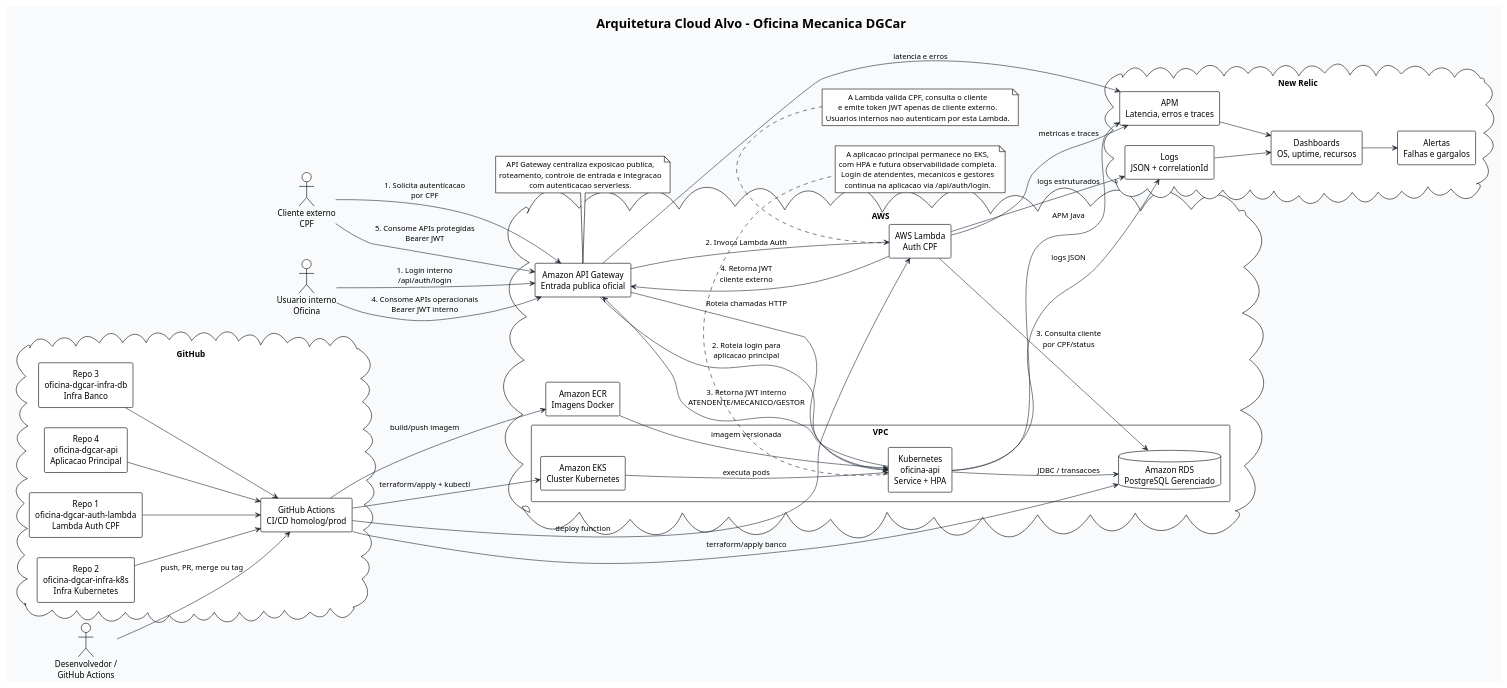
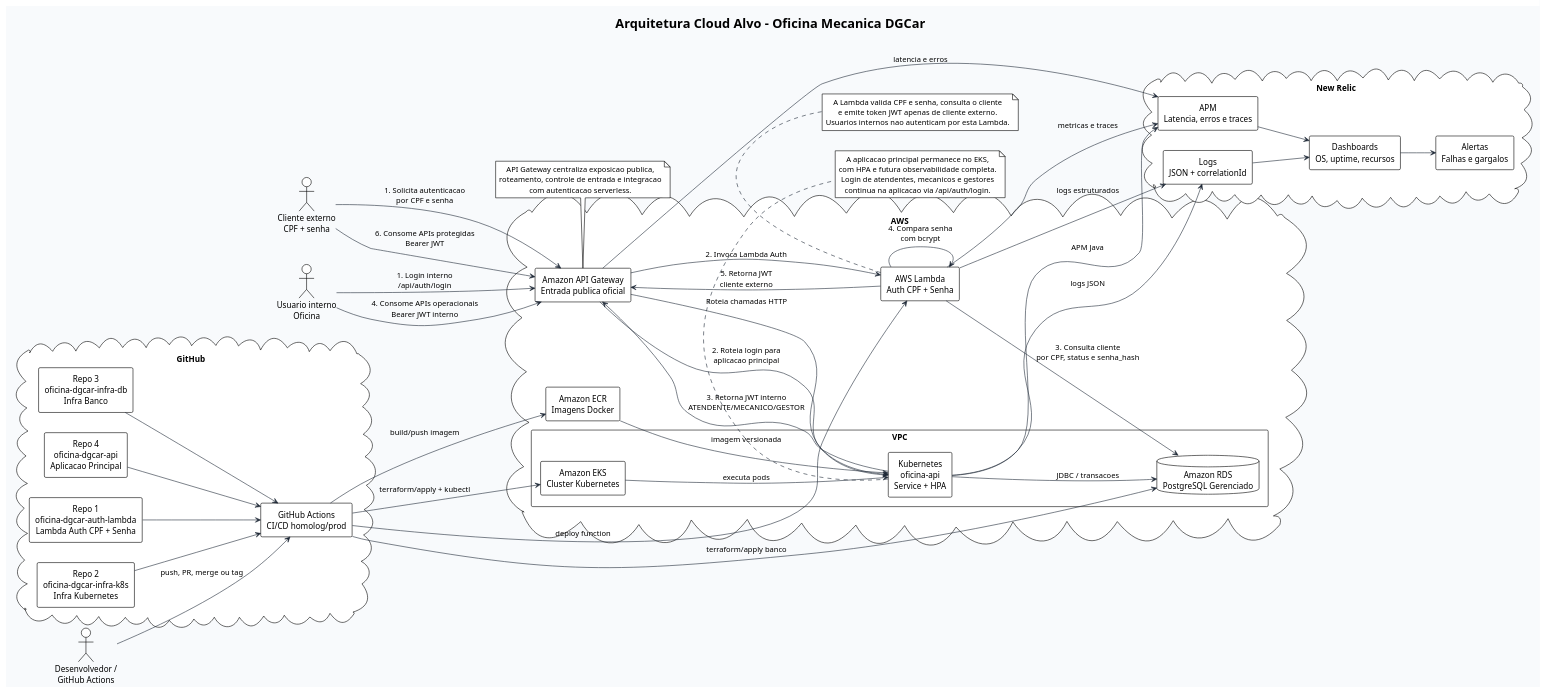
The diagram in docs/arquitetura/cloud-target-architecture.puml (techdgconsulting/oficina-dgcar-docs), drawn with PlantUML before and after one commit. The commit also changed 35 other files, not shown here.

Commit message:
docs: consolida arquitetura auth cpf senha

```diff
--- a/docs/arquitetura/cloud-target-architecture.puml
+++ b/docs/arquitetura/cloud-target-architecture.puml
@@ -1,99 +1,100 @@
 @startuml cloud-target-architecture
 !theme plain
 skinparam backgroundColor #F8FAFC
 skinparam shadowing false
 skinparam componentStyle rectangle
 skinparam packageStyle rectangle
 skinparam ArrowColor #1F2937
 skinparam defaultTextAlignment center
 
 left to right direction
 
 title Arquitetura Cloud Alvo - Oficina Mecanica DGCar
 
-actor "Cliente externo\nCPF" as cliente
+actor "Cliente externo\nCPF + senha" as cliente
 actor "Usuario interno\nOficina" as interno
 actor "Desenvolvedor /\nGitHub Actions" as devops
 
 cloud "GitHub" {
-  rectangle "Repo 1\noficina-dgcar-auth-lambda\nLambda Auth CPF" as repoLambda
+  rectangle "Repo 1\noficina-dgcar-auth-lambda\nLambda Auth CPF + Senha" as repoLambda
   rectangle "Repo 2\noficina-dgcar-infra-k8s\nInfra Kubernetes" as repoK8s
   rectangle "Repo 3\noficina-dgcar-infra-db\nInfra Banco" as repoDb
   rectangle "Repo 4\noficina-dgcar-api\nAplicacao Principal" as repoApp
   rectangle "GitHub Actions\nCI/CD homolog/prod" as actions
 }
 
 cloud "AWS" {
   rectangle "Amazon API Gateway\nEntrada publica oficial" as apigw
-  rectangle "AWS Lambda\nAuth CPF" as lambda
+  rectangle "AWS Lambda\nAuth CPF + Senha" as lambda
   rectangle "Amazon ECR\nImagens Docker" as ecr
 
   package "VPC" {
     rectangle "Amazon EKS\nCluster Kubernetes" as eks
     rectangle "Kubernetes\noficina-api\nService + HPA" as k8s
     database "Amazon RDS\nPostgreSQL Gerenciado" as rds
   }
 }
 
 cloud "New Relic" {
   rectangle "APM\nLatencia, erros e traces" as nrApm
   rectangle "Logs\nJSON + correlationId" as nrLogs
   rectangle "Dashboards\nOS, uptime, recursos" as nrDash
   rectangle "Alertas\nFalhas e gargalos" as nrAlerts
 }
 
-cliente --> apigw : 1. Solicita autenticacao\npor CPF
+cliente --> apigw : 1. Solicita autenticacao\npor CPF e senha
 apigw --> lambda : 2. Invoca Lambda Auth
-lambda --> rds : 3. Consulta cliente\npor CPF/status
-lambda --> apigw : 4. Retorna JWT\ncliente externo
-cliente --> apigw : 5. Consome APIs protegidas\nBearer JWT
+lambda --> rds : 3. Consulta cliente\npor CPF, status e senha_hash
+lambda --> lambda : 4. Compara senha\ncom bcrypt
+lambda --> apigw : 5. Retorna JWT\ncliente externo
+cliente --> apigw : 6. Consome APIs protegidas\nBearer JWT
 
 interno --> apigw : 1. Login interno\n/api/auth/login
 apigw --> k8s : 2. Roteia login para\naplicacao principal
 k8s --> apigw : 3. Retorna JWT interno\nATENDENTE/MECANICO/GESTOR
 interno --> apigw : 4. Consome APIs operacionais\nBearer JWT interno
 apigw --> k8s : Roteia chamadas HTTP
 k8s --> rds : JDBC / transacoes
 
 devops --> actions : push, PR, merge ou tag
 repoLambda --> actions
 repoK8s --> actions
 repoDb --> actions
 repoApp --> actions
 
 actions --> lambda : deploy function
 actions --> ecr : build/push imagem
 actions --> eks : terraform/apply + kubectl
 actions --> rds : terraform/apply banco
 ecr --> k8s : imagem versionada
 eks --> k8s : executa pods
 
 lambda --> nrApm : metricas e traces
 k8s --> nrApm : APM Java
 k8s --> nrLogs : logs JSON
 apigw --> nrApm : latencia e erros
 lambda --> nrLogs : logs estruturados
 nrApm --> nrDash
 nrLogs --> nrDash
 nrDash --> nrAlerts
 
 note bottom of apigw
   API Gateway centraliza exposicao publica,
   roteamento, controle de entrada e integracao
   com autenticacao serverless.
 end note
 
 note bottom of lambda
-  A Lambda valida CPF, consulta o cliente
+  A Lambda valida CPF e senha, consulta o cliente
   e emite token JWT apenas de cliente externo.
   Usuarios internos nao autenticam por esta Lambda.
 end note
 
 note bottom of k8s
   A aplicacao principal permanece no EKS,
   com HPA e futura observabilidade completa.
   Login de atendentes, mecanicos e gestores
   continua na aplicacao via /api/auth/login.
 end note
 
 @enduml
```
